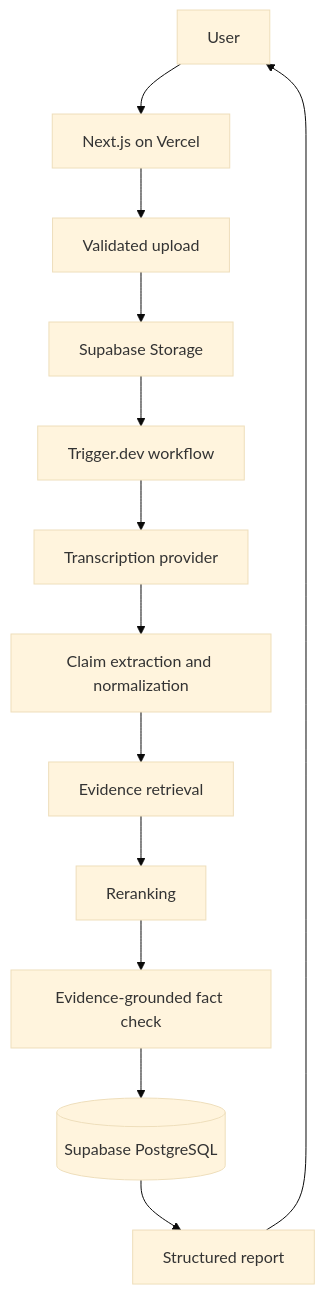
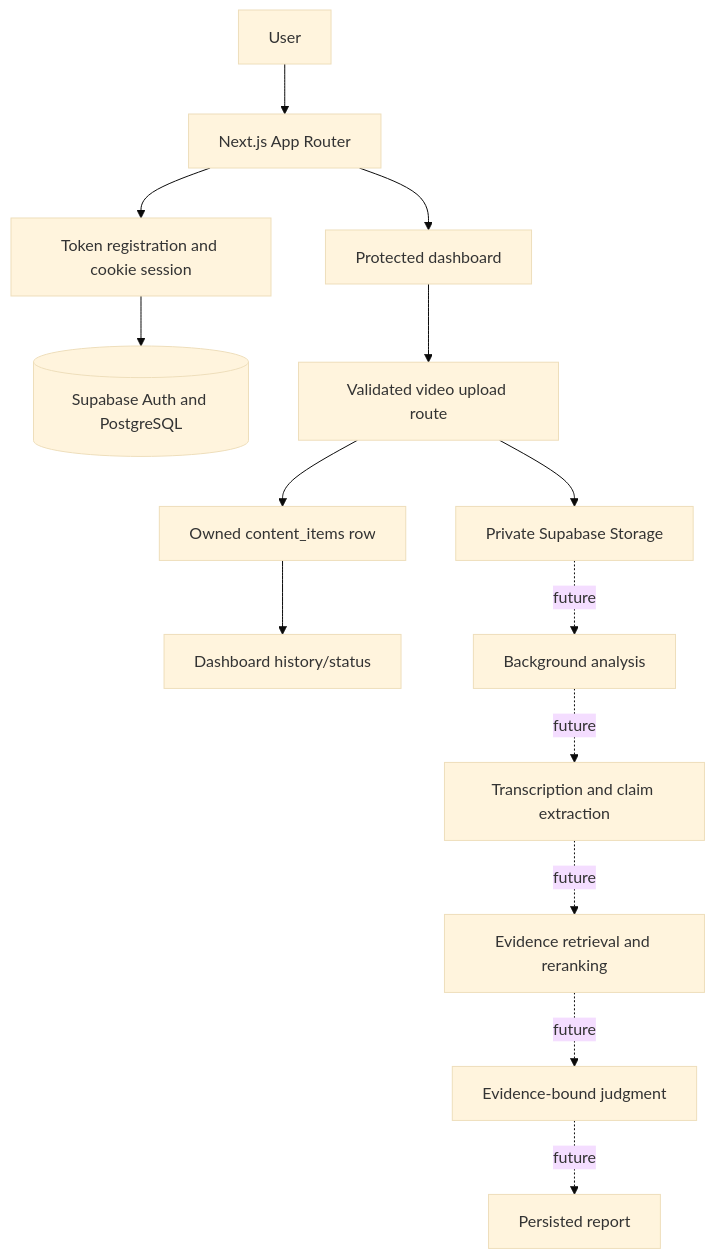
One commit to Kirbik/psych-factcheck changed the diagram in ARCHITECTURE.md. Above: the diagram before and after it, drawn with Mermaid (base theme). The commit also changed other lines of this file and 15 other files, not shown here.

````diff
--- a/ARCHITECTURE.md
+++ b/ARCHITECTURE.md
@@ -20,15 +21,16 @@
 ```mermaid
 flowchart TD
-  U[User] --> N[Next.js on Vercel]
-  N --> UP[Validated upload]
-  UP --> SS[Supabase Storage]
-  SS --> T[Trigger.dev workflow]
-  T --> TR[Transcription provider]
-  TR --> CE[Claim extraction and normalization]
-  CE --> ER[Evidence retrieval]
-  ER --> RR[Reranking]
-  RR --> FC[Evidence-grounded fact check]
-  FC --> DB[(Supabase PostgreSQL)]
-  DB --> R[Structured report]
-  R --> U
+  U[User] --> WEB[Next.js App Router]
+  WEB --> AUTH[Token registration and cookie session]
+  AUTH --> DB[(Supabase Auth and PostgreSQL)]
+  WEB --> DASH[Protected dashboard]
+  DASH --> UP[Validated video upload route]
+  UP --> STORAGE[Private Supabase Storage]
+  UP --> CONTENT[Owned content_items row]
+  CONTENT --> HISTORY[Dashboard history/status]
+  STORAGE -. future .-> JOB[Background analysis]
+  JOB -. future .-> TRANS[Transcription and claim extraction]
+  TRANS -. future .-> RAG[Evidence retrieval and reranking]
+  RAG -. future .-> JUDGE[Evidence-bound judgment]
+  JUDGE -. future .-> REPORT[Persisted report]
 ```
````
